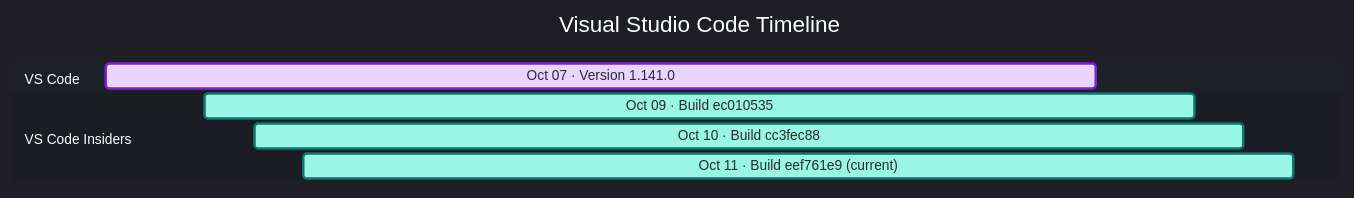
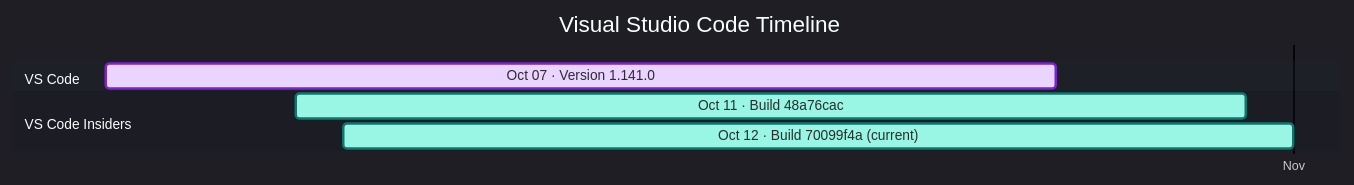
Before and after one commit to Oxelya-DevTools/VisualStudioUpdate: the diagram in docs/vscode.md, drawn with Mermaid. The commit also changed other lines of this file and 1 other file, not shown here.

````diff
--- a/docs/vscode.md
+++ b/docs/vscode.md
@@ -9,14 +9,13 @@
 ```mermaid
 %%{init: {'theme':'dark','themeVariables': { 'fontFamily': 'Segoe UI', 'fontSize': '24px', 'textColor': '#F3F4F6', 'titleTextColor': '#FFFFFF', 'taskTextColor': '#111827', 'taskTextLightColor': '#111827', 'taskTextOutsideColor': '#F3F4F6', 'taskBkgColor': '#BAE6FD', 'taskBorderColor': '#0369A1', 'doneTaskBkgColor': '#E9D5FF', 'doneTaskBorderColor': '#7E22CE', 'activeTaskBkgColor': '#99F6E4', 'activeTaskBorderColor': '#0F766E', 'critTaskBkgColor': '#FED7AA', 'critTaskBorderColor': '#C2410C', 'sectionBkgColor': '#1F2937', 'altSectionBkgColor': '#111827', 'gridColor': '#4B5563', 'todayLineColor': '#F87171' }}}%%
 gantt
     title Visual Studio Code Timeline
     dateFormat  YYYY-MM-DD
     axisFormat  %b
     tickInterval 1month
     section VS Code
     Oct 07 · Version 1.141.0 : done, vscode202610070, 2026-10-07, 20d
     section VS Code Insiders
-    Oct 09 · Build ec010535 : active, vscodeinsiders202610090, 2026-10-09, 20d
-    Oct 10 · Build cc3fec88 : active, vscodeinsiders202610101, 2026-10-10, 20d
-    Oct 11 · Build eef761e9 (current) : active, vscodeinsiders202610112, 2026-10-11, 20d
+    Oct 11 · Build 48a76cac : active, vscodeinsiders202610110, 2026-10-11, 20d
+    Oct 12 · Build 70099f4a (current) : active, vscodeinsiders202610121, 2026-10-12, 20d
 ```
````
